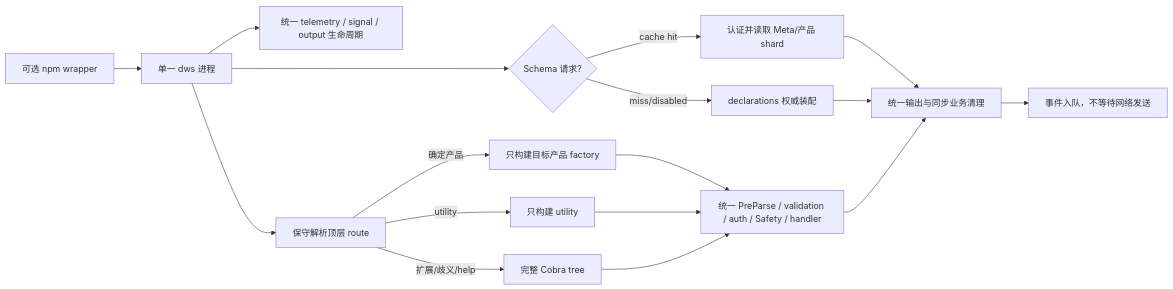
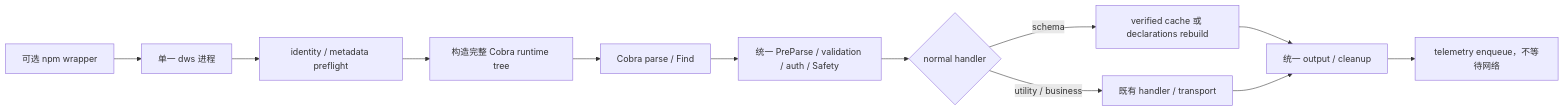
One commit to DingTalk-Real-AI/dingtalk-workspace-cli changed the diagram in docs/design-cli-performance-parity.md. Above: the diagram before and after it, drawn with Mermaid. The commit also changed other lines of this file and 40 other files, not shown here.

````diff
--- a/docs/design-cli-performance-parity.md
+++ b/docs/design-cli-performance-parity.md
@@ -11,19 +11,14 @@
 ```mermaid
 flowchart LR
     W[可选 npm wrapper] --> D[单一 dws 进程]
-    D --> T[统一 telemetry / signal / output 生命周期]
-    D --> S{Schema 请求?}
-    S -->|cache hit| C[认证并读取 Meta/产品 shard]
-    S -->|miss/disabled| A[declarations 权威装配]
-    D --> R[保守解析顶层 route]
-    R -->|确定产品| P[只构建目标产品 factory]
-    R -->|utility| U[只构建 utility]
-    R -->|扩展/歧义/help| F[完整 Cobra tree]
-    P --> X[统一 PreParse / validation / auth / Safety / handler]
-    U --> X
-    F --> X
-    C --> O[统一输出与同步业务清理]
-    A --> O
-    X --> O
-    O --> Q[事件入队，不等待网络发送]
+    D --> I[identity / metadata preflight]
+    I --> T[构造完整 Cobra runtime tree]
+    T --> C[Cobra parse / Find]
+    C --> P[统一 PreParse / validation / auth / Safety]
+    P --> H{normal handler}
+    H -->|schema| S[verified cache 或 declarations rebuild]
+    H -->|utility / business| B[既有 handler / transport]
+    S --> O[统一 output / cleanup]
+    B --> O
+    O --> Q[telemetry enqueue，不等待网络]
 ```
````
